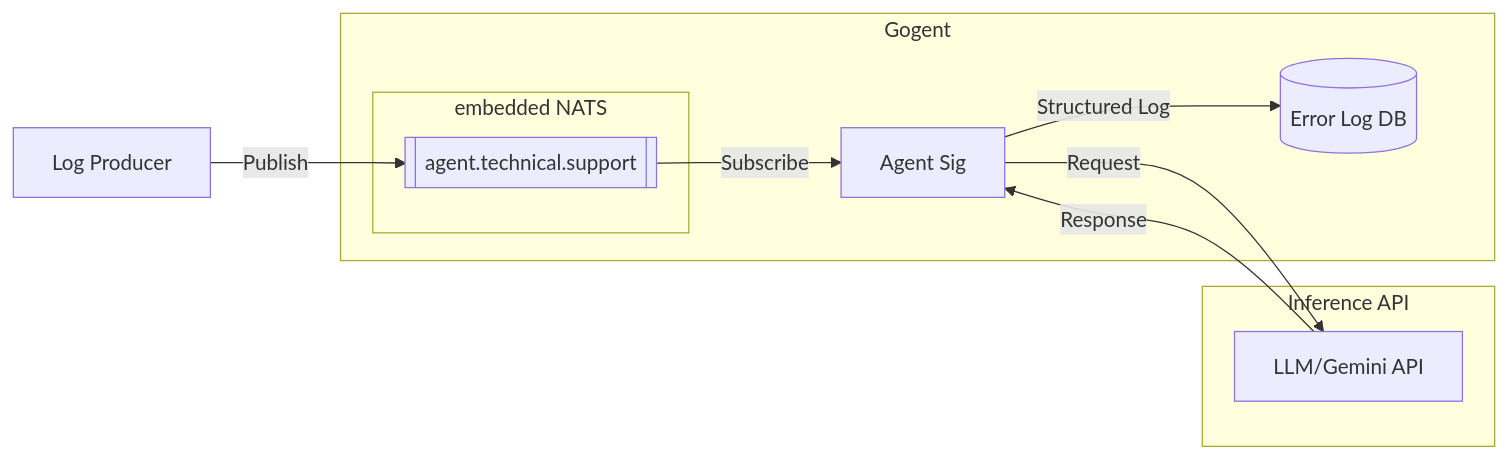
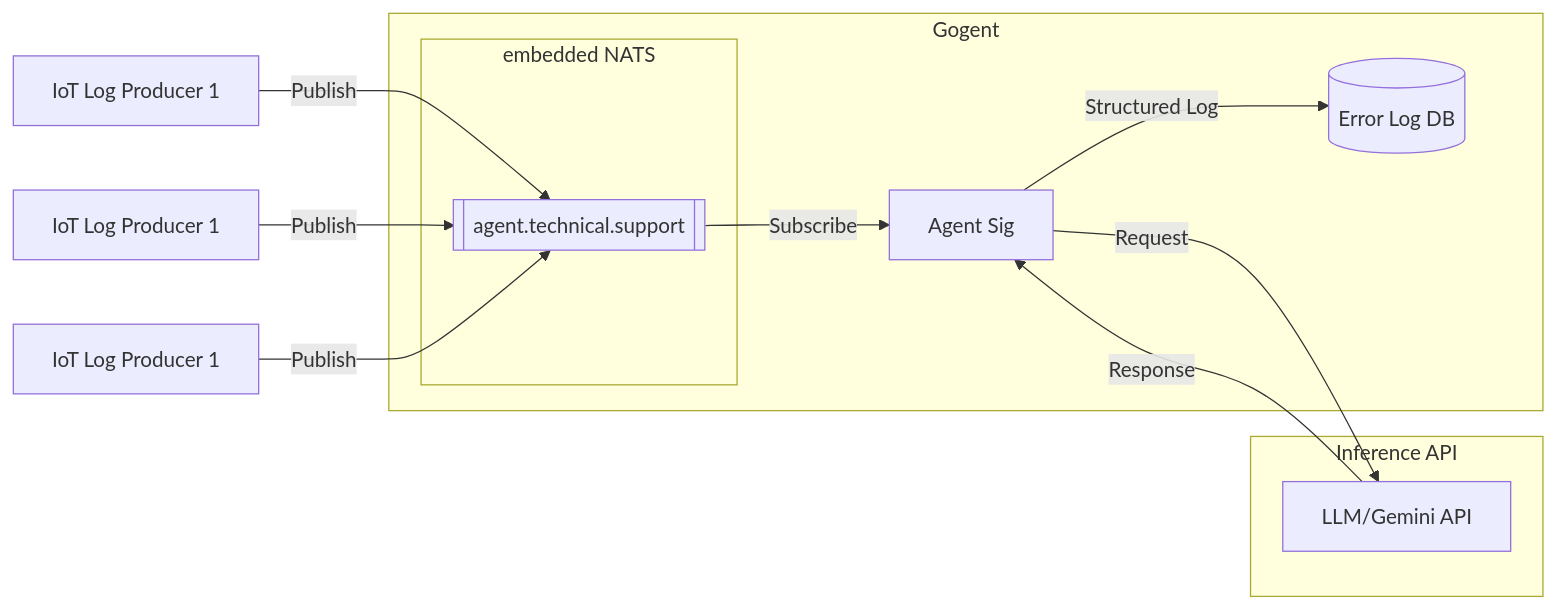
The diagram in README.md (tobalo/gogent), drawn with Mermaid before and after one commit.

Commit message:
design: enhanced diagram

````diff
--- a/README.md
+++ b/README.md
@@ -12,17 +12,19 @@
 ```mermaid
 flowchart LR
-    T[Log Producer] -->|Publish| Z[[Raw Error Log]]
+    S[IoT Log Producer 1] -->|Publish| Z
+    T[IoT Log Producer 1] -->|Publish| Z
+    Y[IoT Log Producer 1] -->|Publish| Z
     subgraph Gogent
         subgraph embedded NATS
             Z[[agent.technical.support]]
 
         end
         Z -->|Subscribe| A[Agent Sig]
         E[(Error Log DB)]
         A --> |Structured Log| E
     end
     subgraph Inference API
         A -->|Request| L[LLM/Gemini API]
         L -->|Response| A
     end
 ```
````
